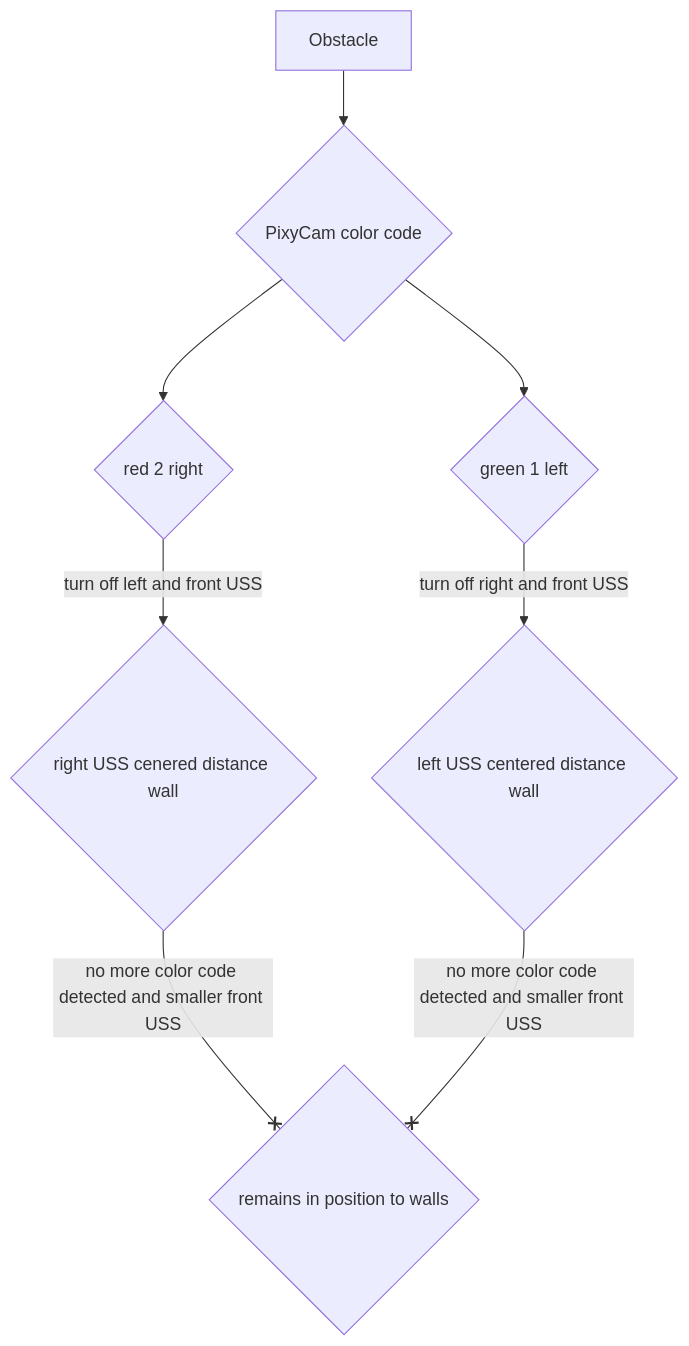
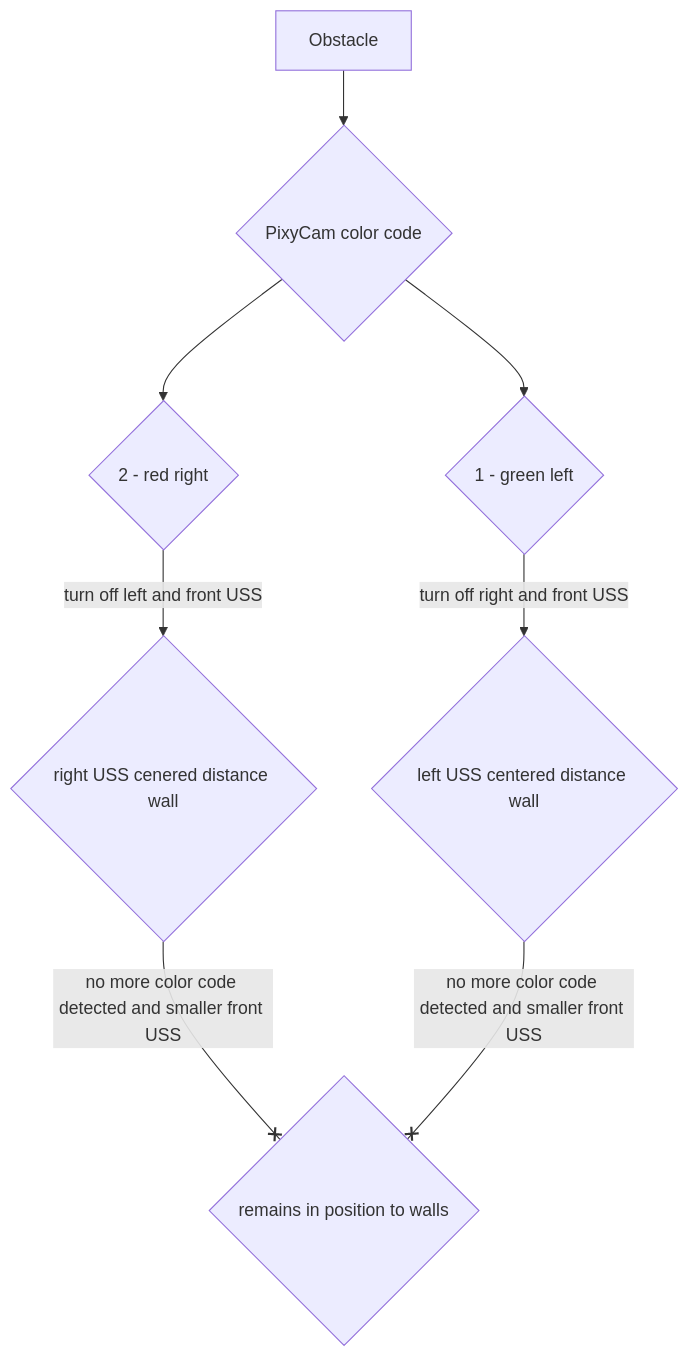
The diagram in programming/ObstacleChallenge/README.md (SchroedingersBit/PfortGTPanama), drawn with Mermaid before and after one commit.

````diff
--- a/programming/ObstacleChallenge/README.md
+++ b/programming/ObstacleChallenge/README.md
@@ -6,7 +6,7 @@
 ```mermaid
 flowchart TB;
-Obstacle --> P{PixyCam color code} --> R{red 2 right} & G{green 1 left};
+Obstacle --> P{PixyCam color code} --> R{2 - red right} & G{1 - green left};
 R -->|turn off left and front USS| RU{right USS cenered distance wall};
 G -->|turn off right and front USS| LU{left USS centered distance wall};
 RU & LU --x |no more color code detected and smaller front USS | B{remains in position to walls};
 ```
````
